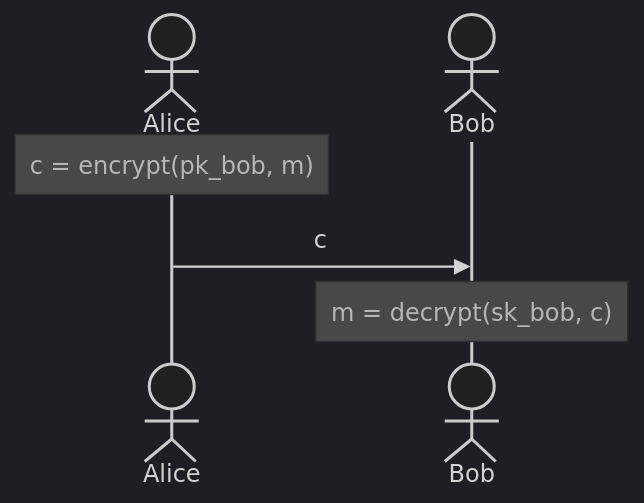
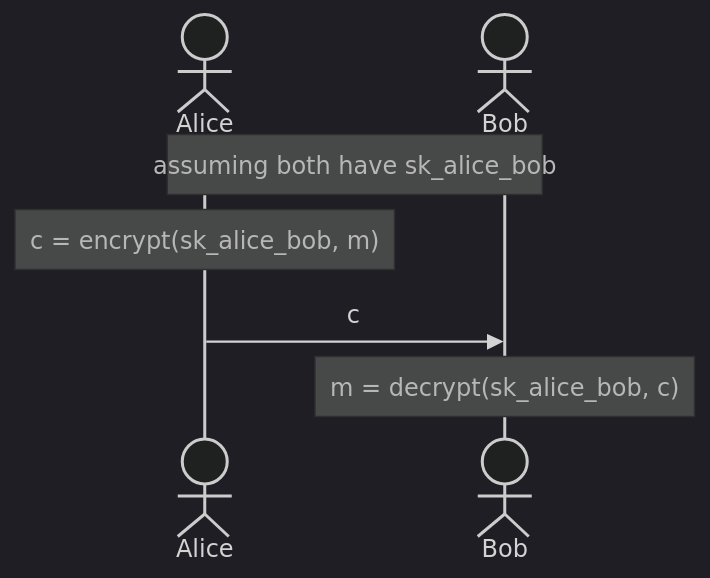
Before and after one commit to erhant/blockchatting: the third of 3 diagrams in README.md, drawn with Mermaid (dark theme). The commit also changed other lines of this file and 3 other files, not shown here.

Commit message:
new schema

````diff
--- a/README.md
+++ b/README.md
@@ -52,9 +64,11 @@
 ```mermaid
 sequenceDiagram
   actor Alice
   actor Bob
 
-  Note over Alice: c = encrypt(pk_bob, m)
+  Note over Alice, Bob: assuming both have sk_alice_bob
+
+  Note over Alice: c = encrypt(sk_alice_bob, m)
   Alice ->> Bob: c
-  Note over Bob: m = decrypt(sk_bob, c)
+  Note over Bob: m = decrypt(sk_alice_bob, c)
 ```
````
